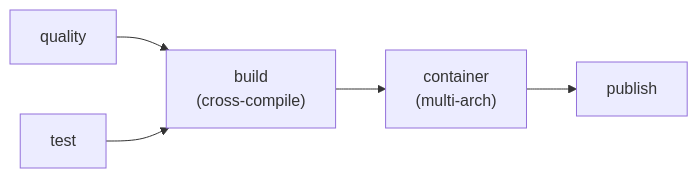
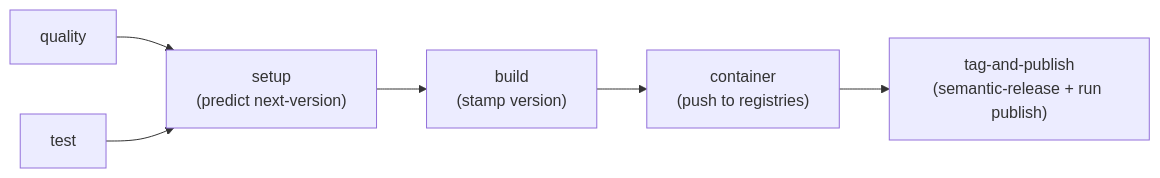
Before and after one commit to hyperi-io/hyperi-ci: the second of 2 diagrams in README.md, drawn with Mermaid. The commit also changed other lines of this file and 27 other files, not shown here.

First line of the commit message:
feat: version-first single-run pipeline + tag-on-publish + FOSS-first defaults

````diff
--- a/README.md
+++ b/README.md
@@ -209,7 +265,8 @@
 ```mermaid
 flowchart LR
-    Q[quality] --> B["build\n(cross-compile)"]
-    T[test] --> B
-    B --> C["container\n(multi-arch)"]
-    C --> P[publish]
+    Q[quality] --> S["setup<br/>(predict next-version)"]
+    T[test] --> S
+    S --> B["build<br/>(stamp version)"]
+    B --> C["container<br/>(push to registries)"]
+    C --> TP["tag-and-publish<br/>(semantic-release + run publish)"]
 ```
````
